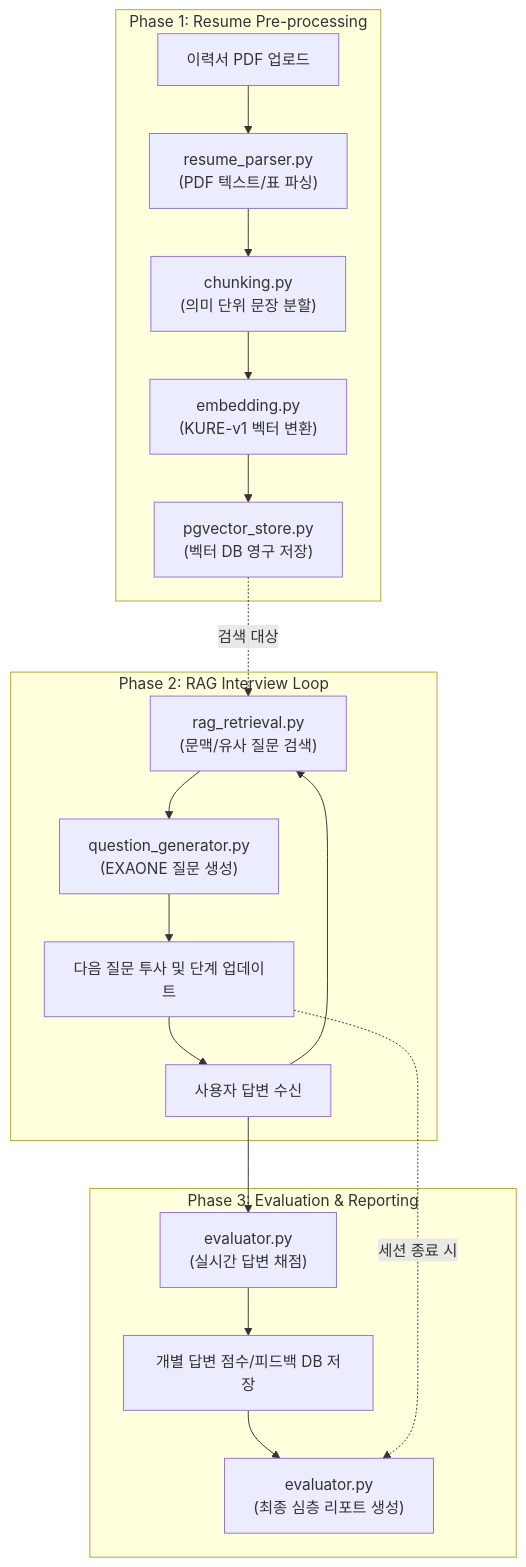
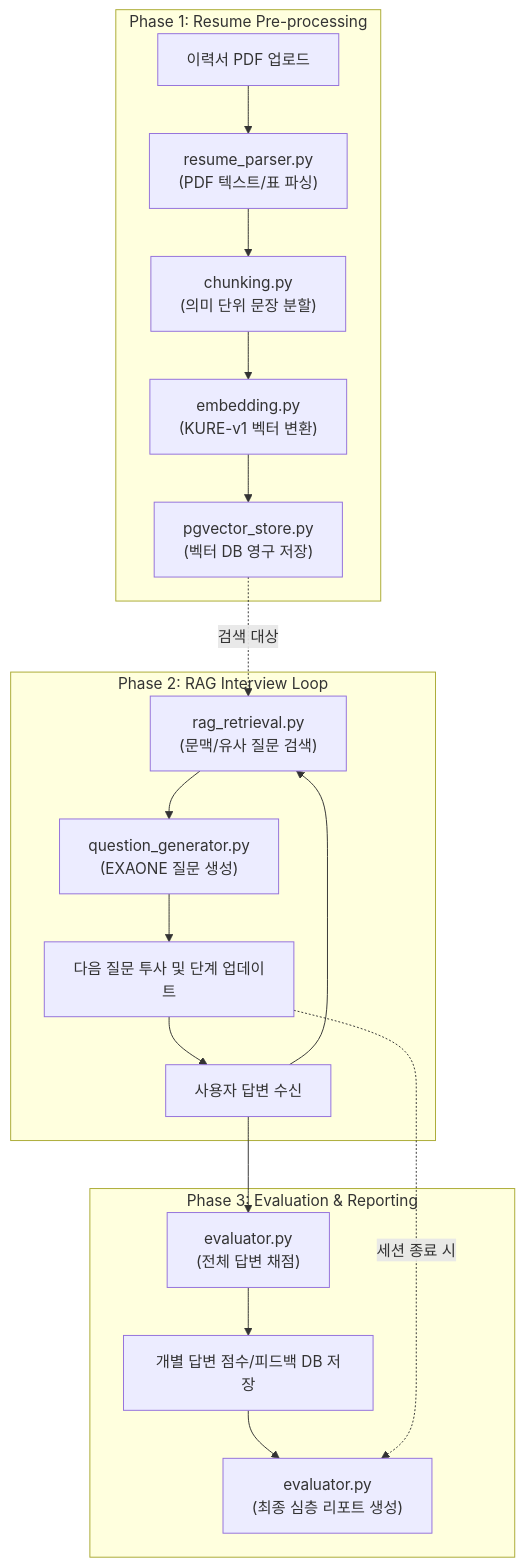
One commit to jaemin1020/Big20_aI_interview_project changed the diagram in 파이널_진행보고서/워크플로으/01.ai_worker진행순서도.md. Above: the diagram before and after it, drawn with Mermaid. The commit also changed 6 other files, not shown here.

````diff
--- a/파이널_진행보고서/워크플로으/01.ai_worker진행순서도.md
+++ b/파이널_진행보고서/워크플로으/01.ai_worker진행순서도.md
@@ -7,29 +7,29 @@
 ```mermaid
 graph TD
     %% 1단계: 이력서 전처리 및 벡터화
     subgraph "Phase 1: Resume Pre-processing"
         A[이력서 PDF 업로드] --> B["resume_parser.py<br/>(PDF 텍스트/표 파싱)"]
         B --> C["chunking.py<br/>(의미 단위 문장 분할)"]
         C --> D["embedding.py<br/>(KURE-v1 벡터 변환)"]
         D --> E["pgvector_store.py<br/>(벡터 DB 영구 저장)"]
     end
 
     %% 2단계: 실시간 RAG 기반 인터뷰
     subgraph "Phase 2: RAG Interview Loop"
         F[사용자 답변 수신] --> G["rag_retrieval.py<br/>(문맥/유사 질문 검색)"]
         G --> H["question_generator.py<br/>(EXAONE 질문 생성)"]
         H --> I[다음 질문 투사 및 단계 업데이트]
         I --> F
     end
 
     %% 3단계: 평가 및 분석
     subgraph "Phase 3: Evaluation & Reporting"
-        F --> J["evaluator.py<br/>(실시간 답변 채점)"]
+        F --> J["evaluator.py<br/>(전체 답변 채점)"]
         J --> K[개별 답변 점수/피드백 DB 저장]
         K --> L["evaluator.py<br/>(최종 심층 리포트 생성)"]
     end
 
     %% 데이터 흐름 연결
     E -.->|검색 대상| G
     I -.->|세션 종료 시| L
 ```
````
